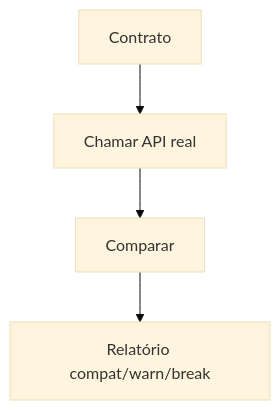
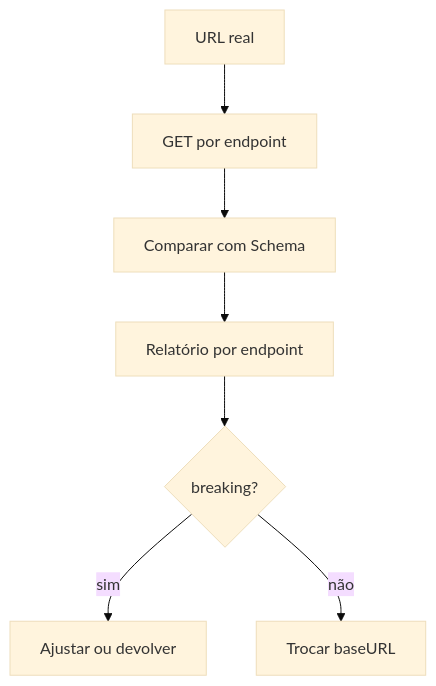
The diagram in DevMock Cerebro/03-Processos/BPM-06-Validate-Real-API.md (GabrielLeandroSilva/Devmock), drawn with Mermaid (base theme) before and after one commit. The commit also changed other lines of this file and 12 other files, not shown here.

First line of the commit message:
feat(validate): contrato contra api real + cli + extension

````diff
--- a/DevMock Cerebro/03-Processos/BPM-06-Validate-Real-API.md
+++ b/DevMock Cerebro/03-Processos/BPM-06-Validate-Real-API.md
@@ -23,6 +31,9 @@
 ```mermaid
 flowchart TD
-  A[Contrato] --> B[Chamar API real]
-  B --> C[Comparar]
-  C --> D[Relatório compat/warn/break]
+  A["URL real"] --> B["GET por endpoint"]
+  B --> C["Comparar com Schema"]
+  C --> D["Relatório por endpoint"]
+  D --> E{"breaking?"}
+  E -->|"sim"| F["Ajustar ou devolver"]
+  E -->|"não"| G["Trocar baseURL"]
 ```
````
